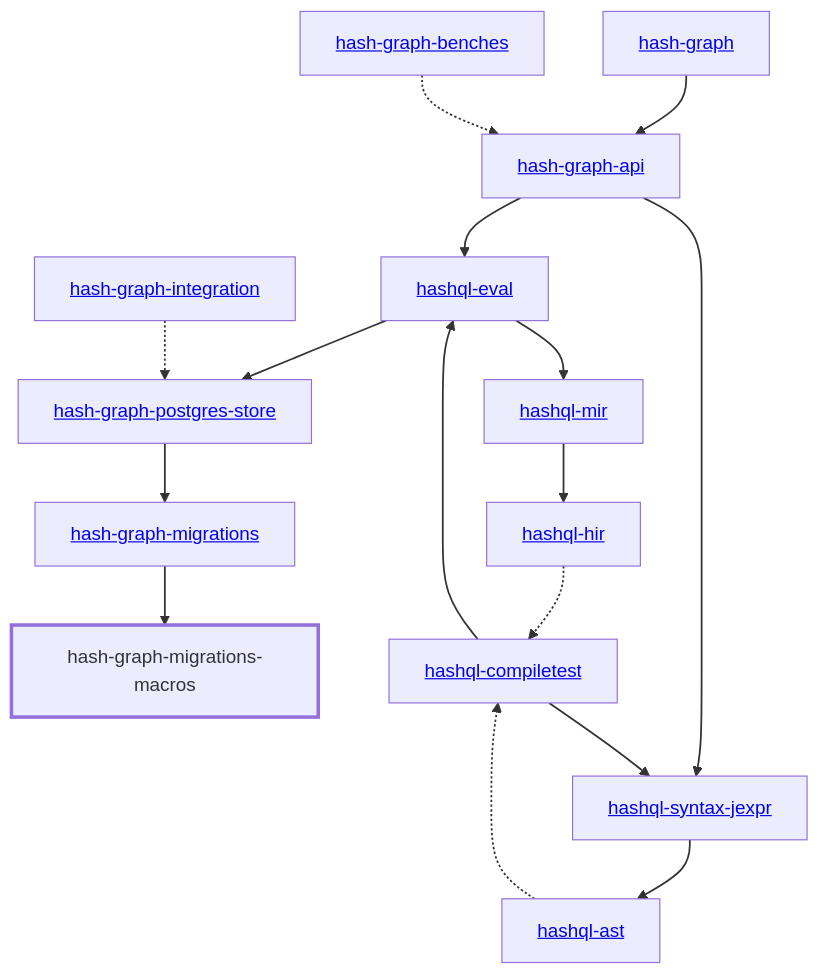
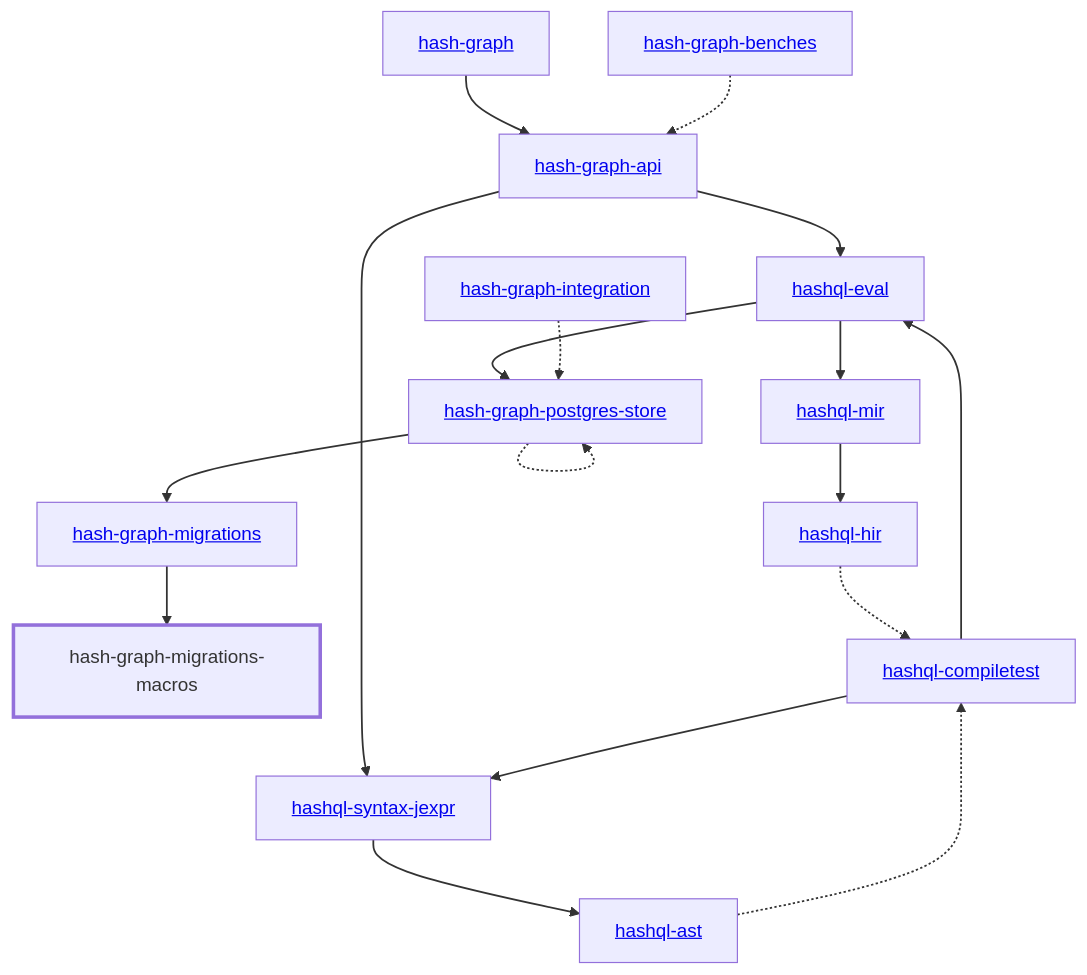
One commit to hashintel/hash changed the diagram in libs/@local/graph/migrations-macros/docs/dependency-diagram.mmd. Above: the diagram before and after it, drawn with Mermaid. The commit also changed 28 other files, not shown here.

```diff
--- a/libs/@local/graph/migrations-macros/docs/dependency-diagram.mmd
+++ b/libs/@local/graph/migrations-macros/docs/dependency-diagram.mmd
@@ -1,39 +1,40 @@
 graph TD
     linkStyle default stroke-width:1.5px
     classDef default stroke-width:1px
     classDef root stroke-width:3px
     classDef dev stroke-width:1px
     classDef build stroke-width:1px
     %% Legend
     %% --> : Normal dependency
     %% -.-> : Dev dependency
     %% ---> : Build dependency
     0[<a href="../hash_graph/index.html">hash-graph</a>]
     1[<a href="../hash_graph_api/index.html">hash-graph-api</a>]
     2[<a href="../hash_graph_migrations/index.html">hash-graph-migrations</a>]
     3[hash-graph-migrations-macros]
     class 3 root
     4[<a href="../hash_graph_postgres_store/index.html">hash-graph-postgres-store</a>]
     5[<a href="../hashql_ast/index.html">hashql-ast</a>]
     6[<a href="../hashql_compiletest/index.html">hashql-compiletest</a>]
     7[<a href="../hashql_eval/index.html">hashql-eval</a>]
     8[<a href="../hashql_hir/index.html">hashql-hir</a>]
     9[<a href="../hashql_mir/index.html">hashql-mir</a>]
     10[<a href="../hashql_syntax_jexpr/index.html">hashql-syntax-jexpr</a>]
     11[<a href="../hash_graph_benches/index.html">hash-graph-benches</a>]
     12[<a href="../hash_graph_integration/index.html">hash-graph-integration</a>]
     0 --> 1
     1 --> 7
     1 --> 10
     2 --> 3
     4 --> 2
+    4 -.-> 4
     5 -.-> 6
     6 --> 7
     6 --> 10
     7 --> 4
     7 --> 9
     8 -.-> 6
     9 --> 8
     10 --> 5
     11 -.-> 1
     12 -.-> 4
```
